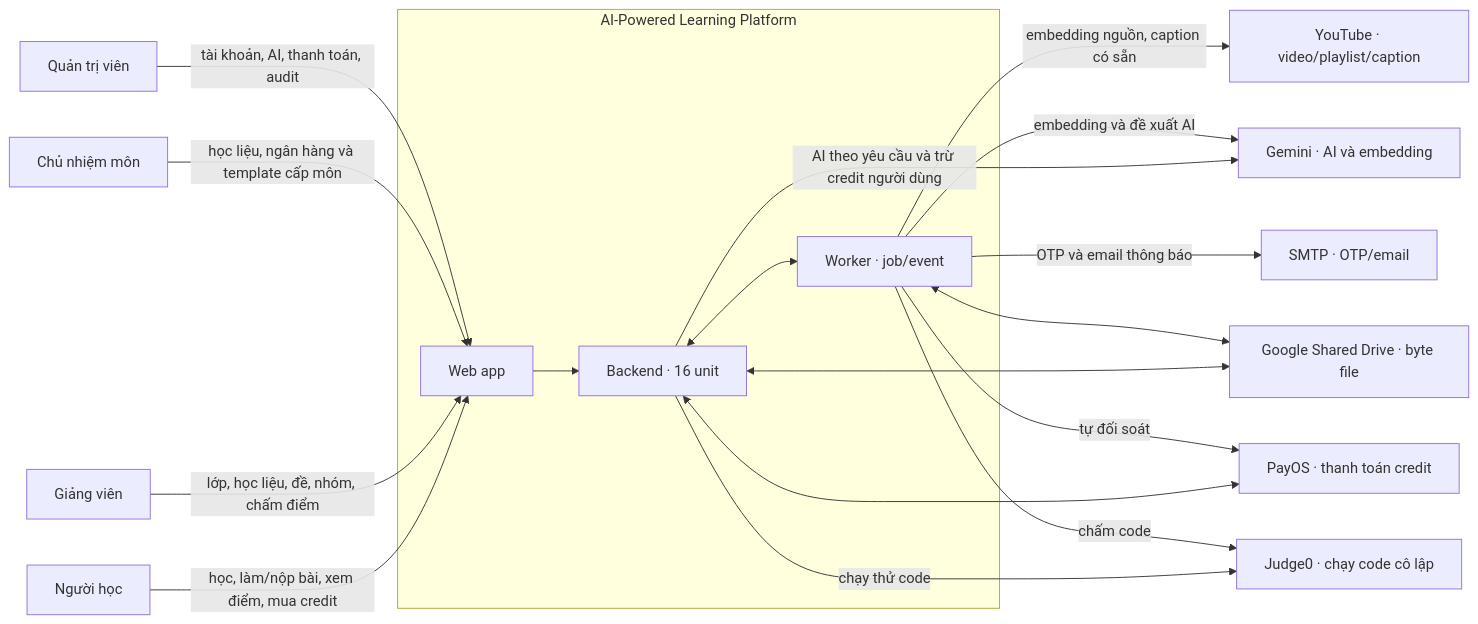
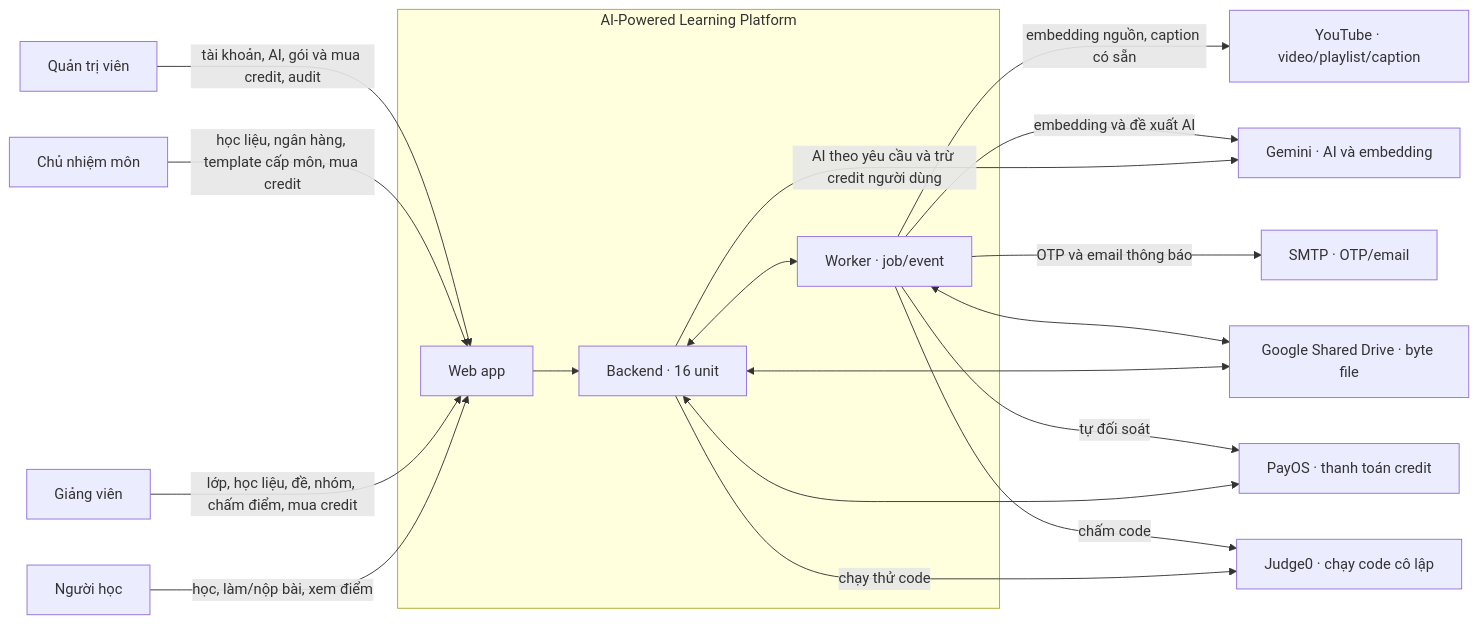
Before and after one commit to hygef-v4/AI-Powered-Learning-Platform: the diagram in docs/context-diagram.md, drawn with Mermaid. The commit also changed other lines of this file and 27 other files, not shown here.

Commit message:
docs: remove learner AI and credit access

````diff
--- a/docs/context-diagram.md
+++ b/docs/context-diagram.md
@@ -5,34 +5,34 @@
 ```mermaid
 flowchart LR
     learner["Người học"]
     teacher["Giảng viên"]
     manager["Chủ nhiệm môn"]
     admin["Quản trị viên"]
     subgraph platform["AI-Powered Learning Platform"]
         web["Web app"]
         backend["Backend · 16 unit"]
         worker["Worker · job/event"]
         web --> backend
         backend <--> worker
     end
     ai["Gemini · AI và embedding"]
     youtube["YouTube · video/playlist/caption"]
     drive["Google Shared Drive · byte file"]
     payos["PayOS · thanh toán credit"]
     smtp["SMTP · OTP/email"]
     judge["Judge0 · chạy code cô lập"]
-    learner -->|"học, làm/nộp bài, xem điểm, mua credit"| web
-    teacher -->|"lớp, học liệu, đề, nhóm, chấm điểm"| web
-    manager -->|"học liệu, ngân hàng và template cấp môn"| web
-    admin -->|"tài khoản, AI, thanh toán, audit"| web
+    learner -->|"học, làm/nộp bài, xem điểm"| web
+    teacher -->|"lớp, học liệu, đề, nhóm, chấm điểm, mua credit"| web
+    manager -->|"học liệu, ngân hàng, template cấp môn, mua credit"| web
+    admin -->|"tài khoản, AI, gói và mua credit, audit"| web
     backend -->|"AI theo yêu cầu và trừ credit người dùng"| ai
     worker -->|"embedding nguồn, caption có sẵn"| youtube
     worker -->|"embedding và đề xuất AI"| ai
     backend <--> drive
     worker <--> drive
     backend <--> payos
     worker -->|"tự đối soát"| payos
     worker -->|"OTP và email thông báo"| smtp
     backend -->|"chạy thử code"| judge
     worker -->|"chấm code"| judge
 ```
````
